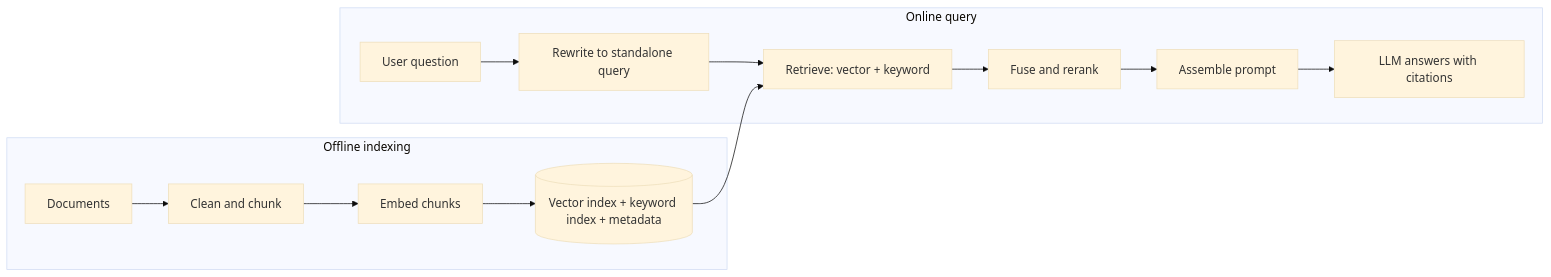
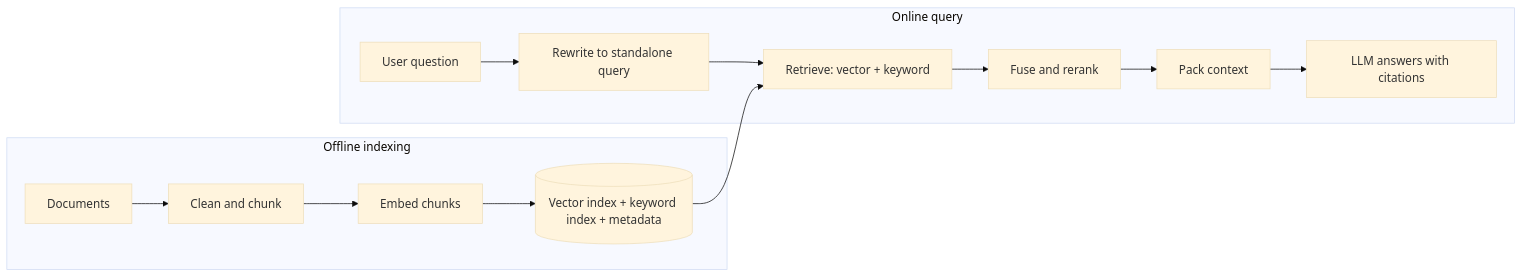
One commit to thull32/ascend changed the diagram in content/tracks/11-ai-and-llms/03-building-with-llms/03-retrieval-augmented-generation.md. Above: the diagram before and after it, drawn with Mermaid (base theme). The commit also changed other lines of this file and 12 other files, not shown here.

````diff
--- a/content/tracks/11-ai-and-llms/03-building-with-llms/03-retrieval-augmented-generation.md
+++ b/content/tracks/11-ai-and-llms/03-building-with-llms/03-retrieval-augmented-generation.md
@@ -17,10 +17,10 @@
 ```mermaid
 flowchart LR
   subgraph Offline indexing
     D["Documents"] --> C["Clean and chunk"] --> E["Embed chunks"] --> V[("Vector index + keyword index + metadata")]
   end
   subgraph Online query
-    Q["User question"] --> R["Rewrite to standalone query"] --> S["Retrieve: vector + keyword"] --> F["Fuse and rerank"] --> P["Assemble prompt"] --> L["LLM answers with citations"]
+    Q["User question"] --> R["Rewrite to standalone query"] --> S["Retrieve: vector + keyword"] --> F["Fuse and rerank"] --> P["Pack context"] --> L["LLM answers with citations"]
   end
   V --> S
 ```
````
